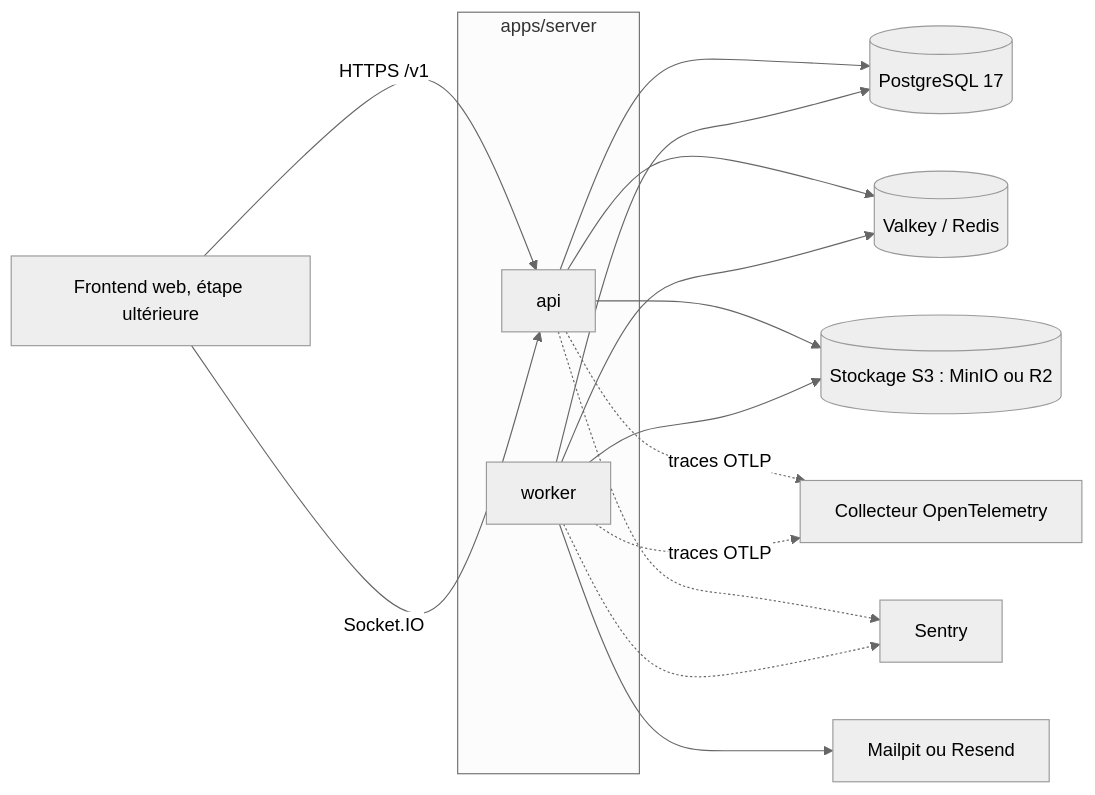
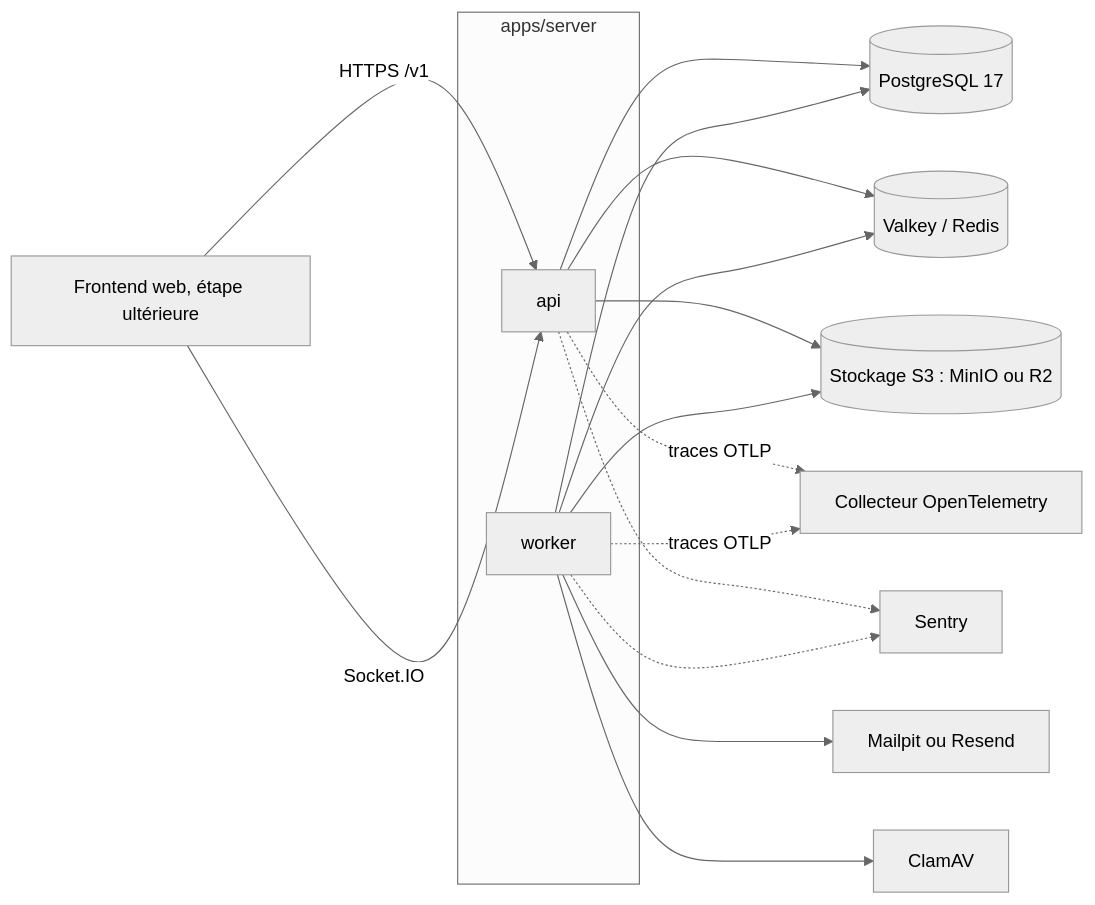
Before and after one commit to OpenWork-NCE/pitchorium: the first of 4 diagrams in docs/architecture/overview.md, drawn with Mermaid (neutral theme). The commit also changed other lines of this file and 44 other files, not shown here.

````diff
--- a/docs/architecture/overview.md
+++ b/docs/architecture/overview.md
@@ -34,20 +34,21 @@
 ```mermaid
 flowchart LR
   web[Frontend web, étape ultérieure] -->|HTTPS /v1| api
   web -->|Socket.IO| api
   subgraph server[apps/server]
     api[api]
     worker[worker]
   end
   api --> pg[(PostgreSQL 17)]
   worker --> pg
   api --> redis[(Valkey / Redis)]
   worker --> redis
   api --> s3[(Stockage S3 : MinIO ou R2)]
   worker --> mail[Mailpit ou Resend]
   worker --> s3
+  worker --> clamav[ClamAV]
   api -.->|traces OTLP| otel[Collecteur OpenTelemetry]
   worker -.->|traces OTLP| otel
   api -.-> sentry[Sentry]
   worker -.-> sentry
 ```
````
